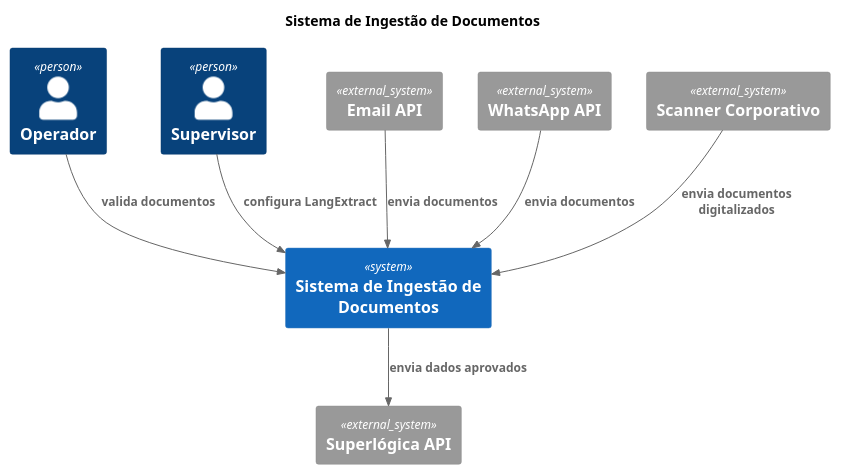
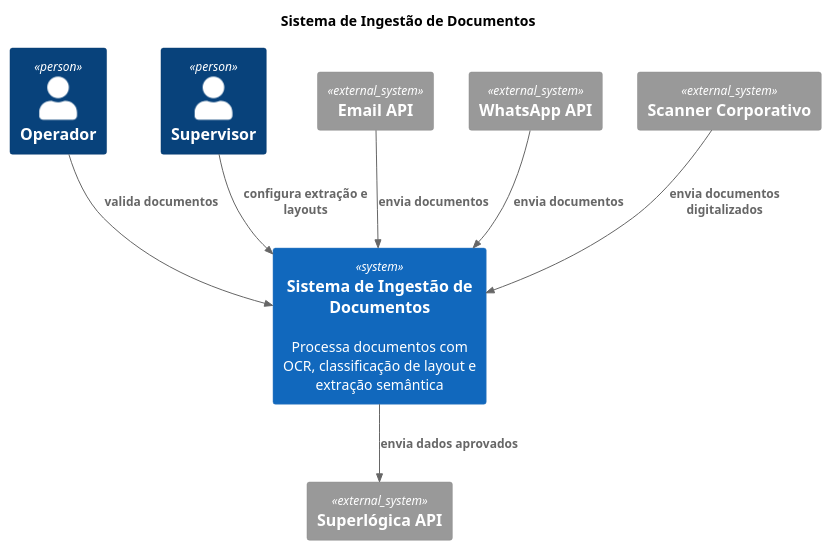
The diagram in docs/specs/contexto_sistema.puml (InnoVoxAI/docuparser), drawn with PlantUML before and after one commit. The commit also changed other lines of this file and 3 other files, not shown here.

```diff
--- a/docs/specs/contexto_sistema.puml
+++ b/docs/specs/contexto_sistema.puml
@@ -1,24 +2,24 @@
 @startuml
 !includeurl https://raw.githubusercontent.com/plantuml-stdlib/C4-PlantUML/master/C4_Context.puml
 
 title Sistema de Ingestão de Documentos
 
 Person(operator, "Operador")
 Person(supervisor, "Supervisor")
 
-System(system, "Sistema de Ingestão de Documentos")
+System(system, "Sistema de Ingestão de Documentos", "Processa documentos com OCR, classificação de layout e extração semântica")
 
 System_Ext(email, "Email API")
 System_Ext(whatsapp, "WhatsApp API")
 System_Ext(scanner, "Scanner Corporativo")
 System_Ext(superlogica, "Superlógica API")
 
 Rel(email, system, "envia documentos")
 Rel(whatsapp, system, "envia documentos")
 Rel(scanner, system, "envia documentos digitalizados")
 
 Rel(operator, system, "valida documentos")
-Rel(supervisor, system, "configura LangExtract")
+Rel(supervisor, system, "configura extração e layouts")
 Rel(system, superlogica, "envia dados aprovados")
 
 @enduml
```
